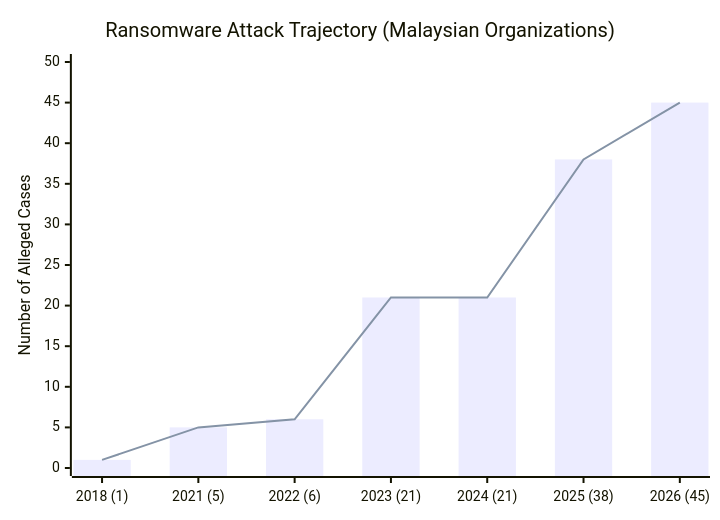
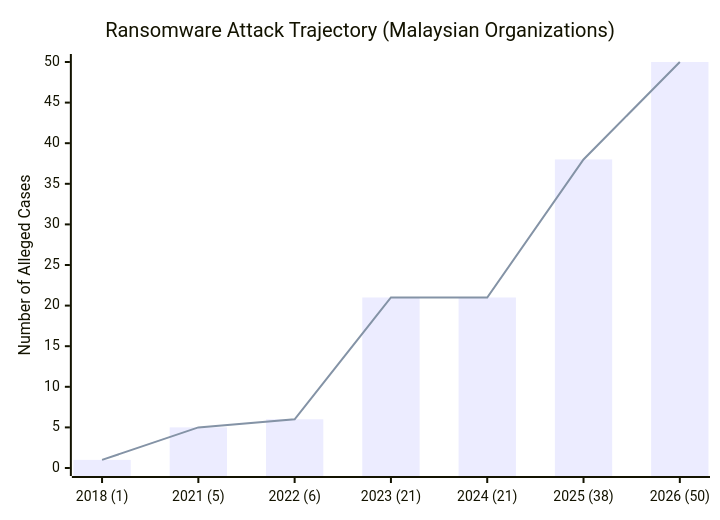
Before and after one commit to rectifyq/site: the first of 4 diagrams in content/my-threat-landscape/ransomware.md, drawn with Mermaid. The commit also changed other lines of this file and 4 other files, not shown here.

````diff
--- a/content/my-threat-landscape/ransomware.md
+++ b/content/my-threat-landscape/ransomware.md
@@ -14,8 +14,8 @@
 ```mermaid
 xychart-beta
     title "Ransomware Attack Trajectory (Malaysian Organizations)"
-    x-axis ["2018 (1)", "2021 (5)", "2022 (6)", "2023 (21)", "2024 (21)", "2025 (38)", "2026 (45)"]
+    x-axis ["2018 (1)", "2021 (5)", "2022 (6)", "2023 (21)", "2024 (21)", "2025 (38)", "2026 (50)"]
     y-axis "Number of Alleged Cases" 0 --> 50
-    bar [1, 5, 6, 21, 21, 38, 45]
-    line [1, 5, 6, 21, 21, 38, 45]
+    bar [1, 5, 6, 21, 21, 38, 50]
+    line [1, 5, 6, 21, 21, 38, 50]
 ```
````
